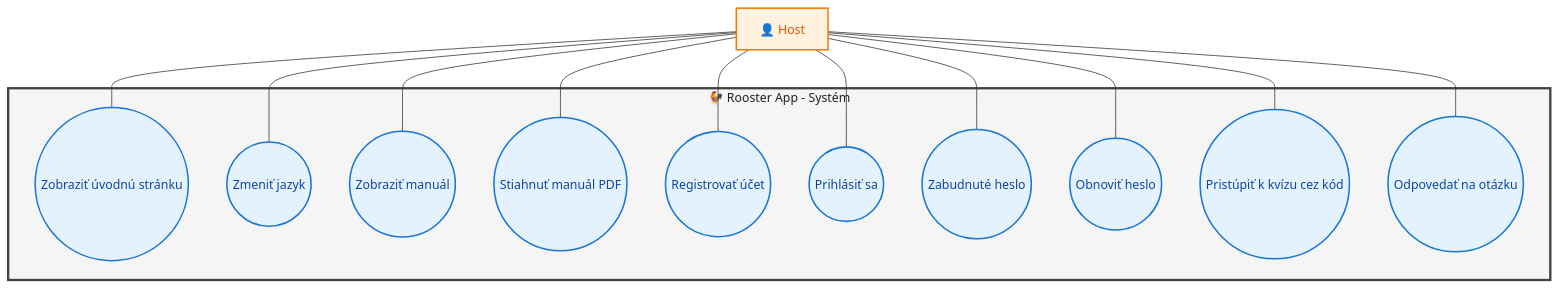
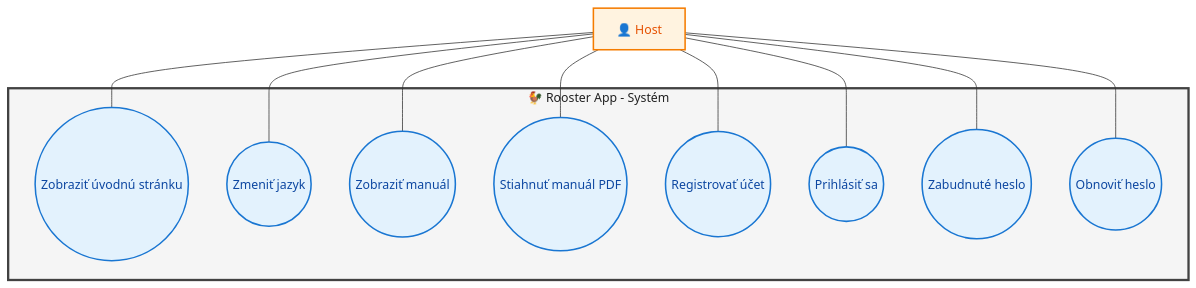
The diagram in _docs/diagrams/use-case/guest-user.mmd (Zoles10/Rooster), drawn with Mermaid before and after one commit. The commit also changed 2 other files, not shown here.

```diff
--- a/_docs/diagrams/use-case/guest-user.mmd
+++ b/_docs/diagrams/use-case/guest-user.mmd
@@ -1,37 +1,33 @@
 flowchart TD
     Guest[👤 Hosť]
     
     subgraph System["🐓 Rooster App - Systém"]
         %% Use cases for guests
         UC1((Zobraziť úvodnú stránku))
         UC2((Zmeniť jazyk))
         UC3((Zobraziť manuál))
         UC4((Stiahnuť manuál PDF))
         UC5((Registrovať účet))
         UC6((Prihlásiť sa))
         UC7((Zabudnuté heslo))
         UC8((Obnoviť heslo))
-        UC9((Pristúpiť k kvízu cez kód))
-        UC10((Odpovedať na otázku))
     end
     
     %% Connections (Actor outside system boundary)
     Guest --- UC1
     Guest --- UC2
     Guest --- UC3
     Guest --- UC4
     Guest --- UC5
     Guest --- UC6
     Guest --- UC7
     Guest --- UC8
-    Guest --- UC9
-    Guest --- UC10
     
     %% Styling for use cases
     classDef usecase fill:#E3F2FD,stroke:#1976D2,stroke-width:2px,color:#0D47A1
     classDef actor fill:#FFF3E0,stroke:#F57C00,stroke-width:2px,color:#E65100
     classDef system fill:#F5F5F5,stroke:#424242,stroke-width:3px,color:#212121
     
-    class UC1,UC2,UC3,UC4,UC5,UC6,UC7,UC8,UC9,UC10 usecase
+    class UC1,UC2,UC3,UC4,UC5,UC6,UC7,UC8 usecase
     class Guest actor
     class System system
```
